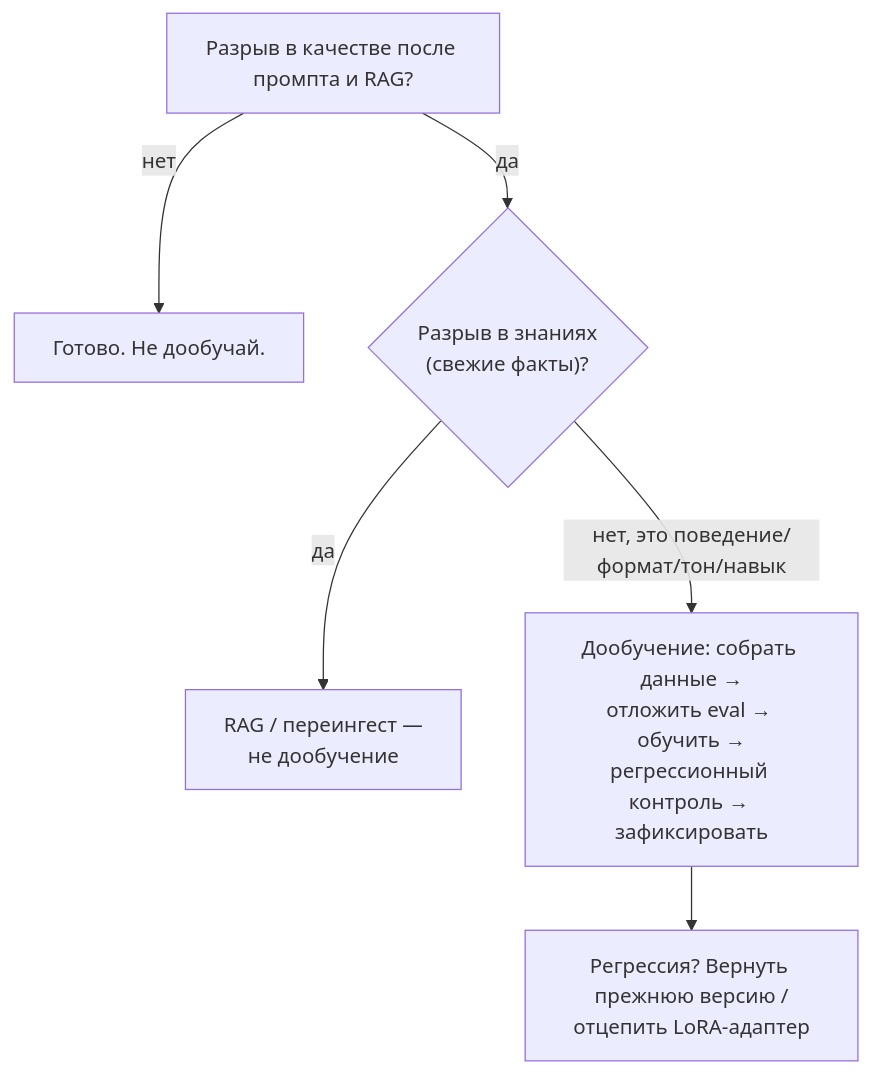
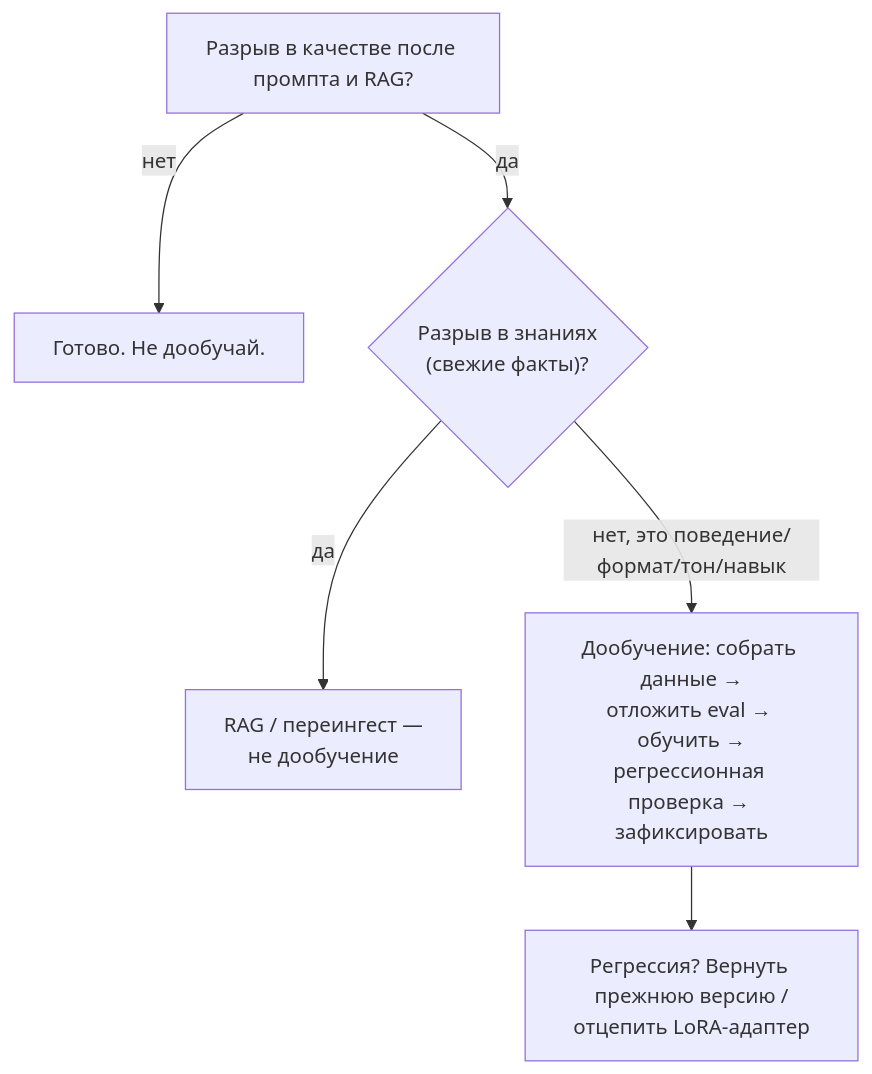
Before and after one commit to NikolaiSachok/ai-engineering-handbook: the first of 3 diagrams in i18n/ru/docusaurus-plugin-content-docs/current/part-3-production/llmops/deep-dive.md, drawn with Mermaid. The commit also changed other lines of this file and 8 other files, not shown here.

````diff
--- a/i18n/ru/docusaurus-plugin-content-docs/current/part-3-production/llmops/deep-dive.md
+++ b/i18n/ru/docusaurus-plugin-content-docs/current/part-3-production/llmops/deep-dive.md
@@ -102,8 +102,8 @@
 ```mermaid
 flowchart TD
     G["Разрыв в качестве после промпта и RAG?"] -->|нет| STOP["Готово. Не дообучай."]
     G -->|да| K{"Разрыв в знаниях<br/>(свежие факты)?"}
     K -->|да| RAG["RAG / переингест —<br/>не дообучение"]
-    K -->|нет, это поведение/формат/тон/навык| T["Дообучение: собрать данные →<br/>отложить eval → обучить →<br/>регрессионный контроль → зафиксировать"]
+    K -->|нет, это поведение/формат/тон/навык| T["Дообучение: собрать данные →<br/>отложить eval → обучить →<br/>регрессионная проверка → зафиксировать"]
     T --> R["Регрессия? Вернуть прежнюю версию /<br/>отцепить LoRA-адаптер"]
 ```
````
